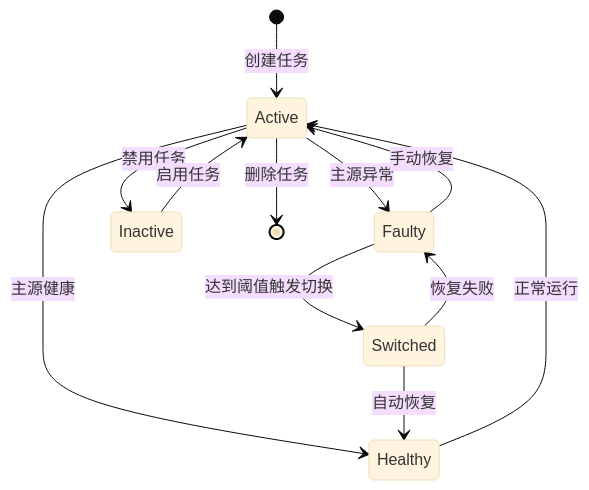
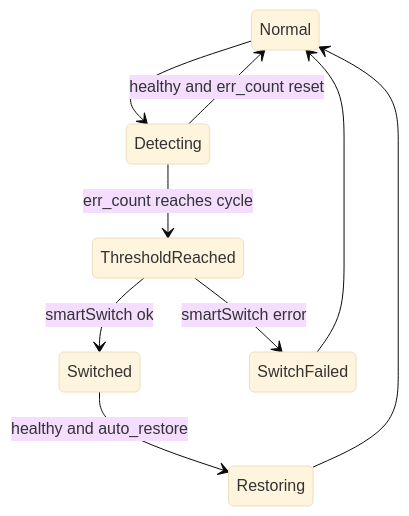
The third of 4 diagrams in docs/API参考文档/监控告警API.md (x01n/dnsplane), drawn with Mermaid (base theme) before and after one commit. The commit also changed other lines of this file and 326 other files, not shown here.

````diff
--- a/docs/API参考文档/监控告警API.md
+++ b/docs/API参考文档/监控告警API.md
@@ -137,14 +384,17 @@
 ```mermaid
 stateDiagram-v2
-[*] --> Active : 创建任务
-Active --> Healthy : 主源健康
-Active --> Faulty : 主源异常
-Faulty --> Switched : 达到阈值触发切换
-Switched --> Healthy : 自动恢复
-Switched --> Faulty : 恢复失败
-Healthy --> Active : 正常运行
-Faulty --> Active : 手动恢复
-Active --> Inactive : 禁用任务
-Inactive --> Active : 启用任务
-Active --> [*] : 删除任务
+    Normal
+    Detecting
+    ThresholdReached
+    Switched
+    Restoring
+    SwitchFailed
+    Normal --> Detecting
+    Detecting --> Normal: healthy and err_count reset
+    Detecting --> ThresholdReached: err_count reaches cycle
+    ThresholdReached --> Switched: smartSwitch ok
+    ThresholdReached --> SwitchFailed: smartSwitch error
+    Switched --> Restoring: healthy and auto_restore
+    Restoring --> Normal
+    SwitchFailed --> Normal
 ```
````
